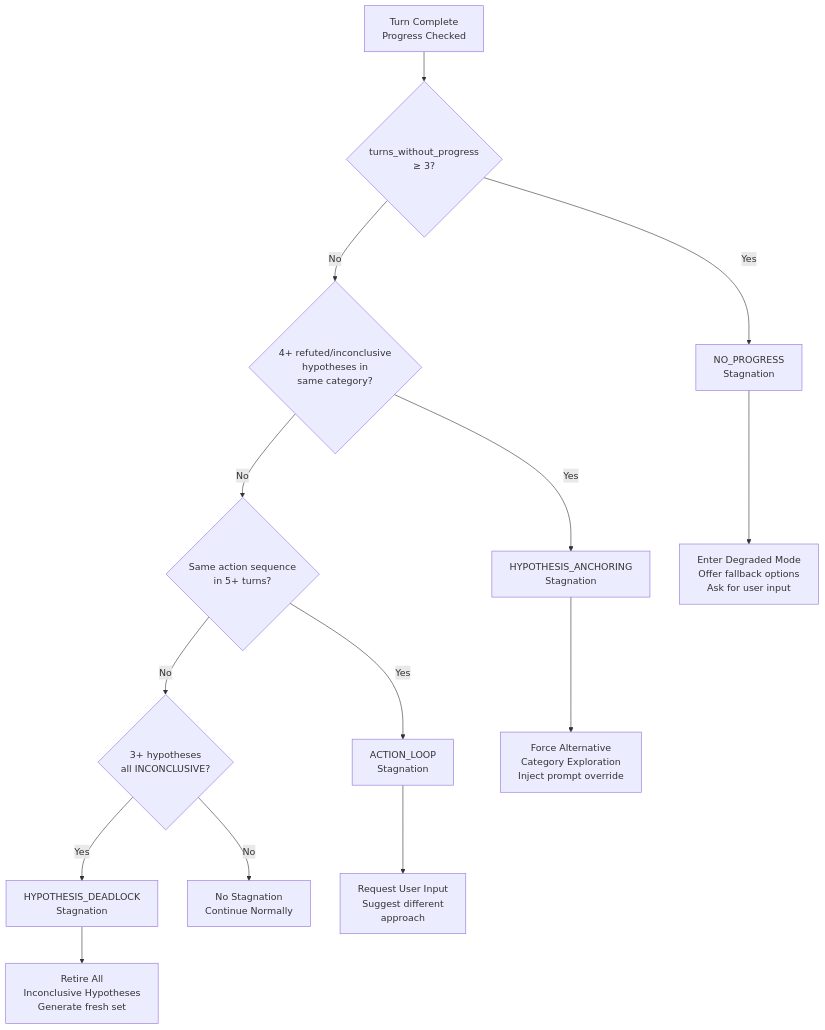
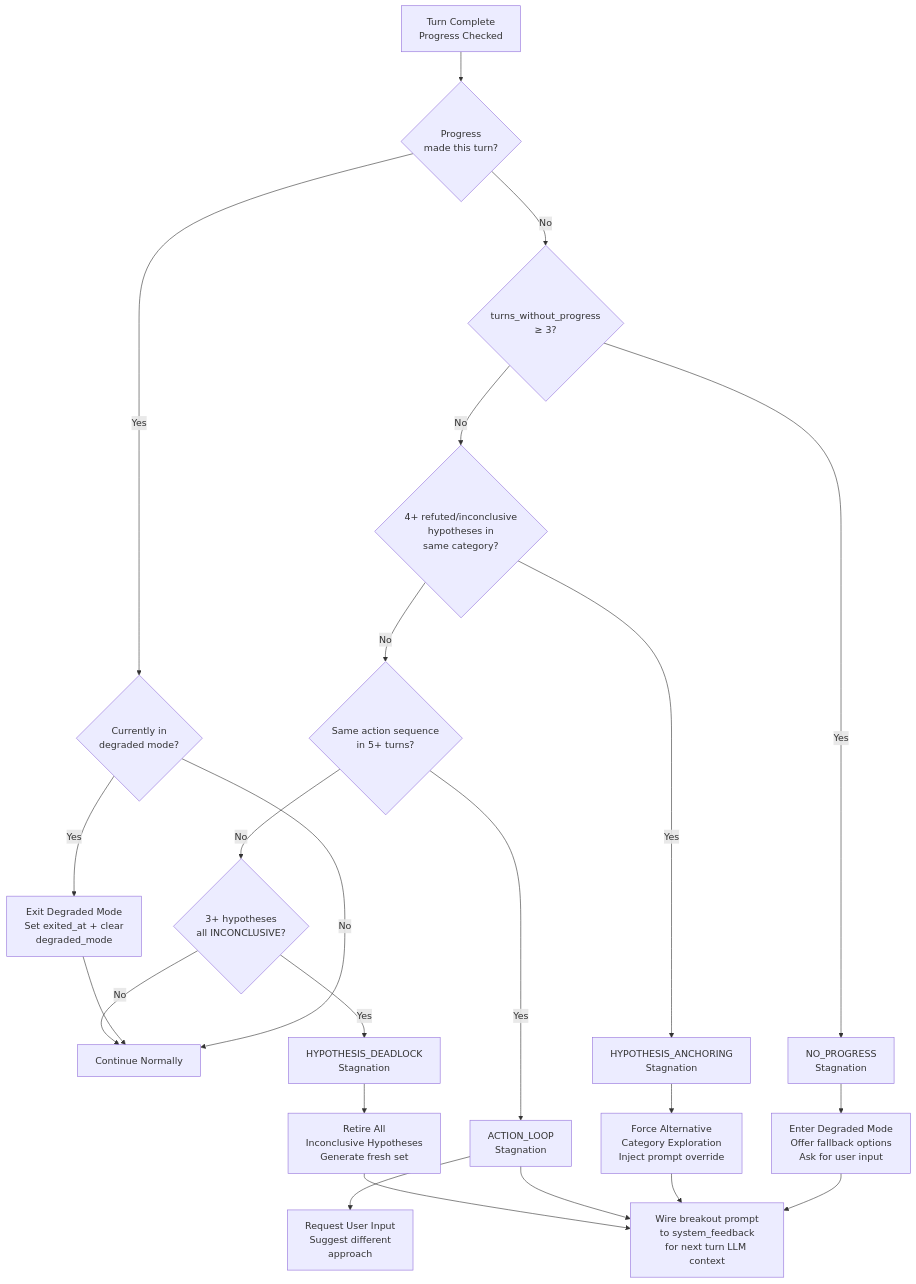
Before and after one commit to FaultMaven/faultmaven: the seventh of 7 diagrams in docs/architecture/investigation-engine/opportunistic-investigation-framework.md, drawn with Mermaid. The commit also changed other lines of this file and 3 other files, not shown here.

````diff
--- a/docs/architecture/investigation-engine/opportunistic-investigation-framework.md
+++ b/docs/architecture/investigation-engine/opportunistic-investigation-framework.md
@@ -535,17 +547,28 @@
 ```mermaid
 flowchart TD
-    TURN_END[Turn Complete<br/>Progress Checked] --> STAG_CHECK{turns_without_progress<br/>≥ 3?}
+    TURN_END[Turn Complete<br/>Progress Checked] --> PROGRESS_CHECK{Progress<br/>made this turn?}
+    PROGRESS_CHECK -->|Yes| EXIT_DEGRADED{Currently in<br/>degraded mode?}
+    EXIT_DEGRADED -->|Yes| EXIT_DM[Exit Degraded Mode<br/>Set exited_at + clear<br/>degraded_mode]
+    EXIT_DEGRADED -->|No| HEALTHY[Continue Normally]
+    EXIT_DM --> HEALTHY
+
+    PROGRESS_CHECK -->|No| STAG_CHECK{turns_without_progress<br/>≥ 3?}
     STAG_CHECK -->|Yes| NO_PROGRESS[NO_PROGRESS<br/>Stagnation]
     STAG_CHECK -->|No| CAT_CHECK{4+ refuted/inconclusive<br/>hypotheses in<br/>same category?}
     CAT_CHECK -->|Yes| ANCHORING[HYPOTHESIS_ANCHORING<br/>Stagnation]
     CAT_CHECK -->|No| LOOP_CHECK{Same action sequence<br/>in 5+ turns?}
     LOOP_CHECK -->|Yes| ACTION_LOOP[ACTION_LOOP<br/>Stagnation]
     LOOP_CHECK -->|No| DEAD_CHECK{3+ hypotheses<br/>all INCONCLUSIVE?}
     DEAD_CHECK -->|Yes| DEADLOCK[HYPOTHESIS_DEADLOCK<br/>Stagnation]
-    DEAD_CHECK -->|No| HEALTHY[No Stagnation<br/>Continue Normally]
+    DEAD_CHECK -->|No| HEALTHY
 
     NO_PROGRESS --> ENTER_DEGRADED[Enter Degraded Mode<br/>Offer fallback options<br/>Ask for user input]
     ANCHORING --> FORCE_ALT[Force Alternative<br/>Category Exploration<br/>Inject prompt override]
     ACTION_LOOP --> REQ_INPUT[Request User Input<br/>Suggest different<br/>approach]
     DEADLOCK --> RESET_HYP[Retire All<br/>Inconclusive Hypotheses<br/>Generate fresh set]
+
+    ENTER_DEGRADED --> WIRE_FEEDBACK[Wire breakout prompt<br/>to system_feedback<br/>for next turn LLM context]
+    FORCE_ALT --> WIRE_FEEDBACK
+    ACTION_LOOP --> WIRE_FEEDBACK
+    RESET_HYP --> WIRE_FEEDBACK
 ```
````
